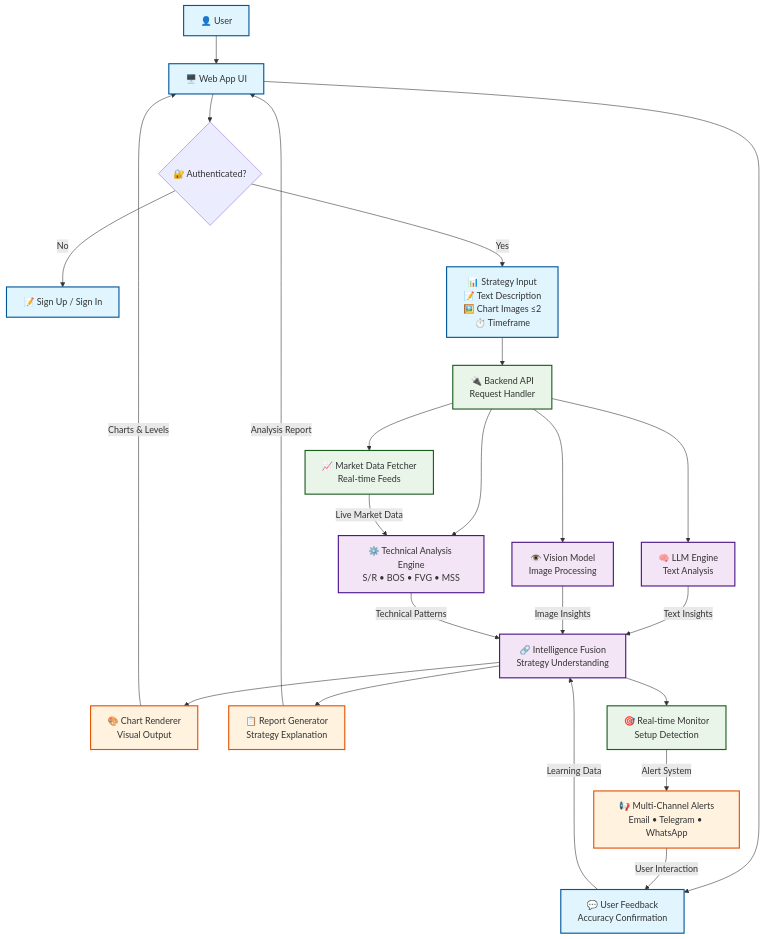
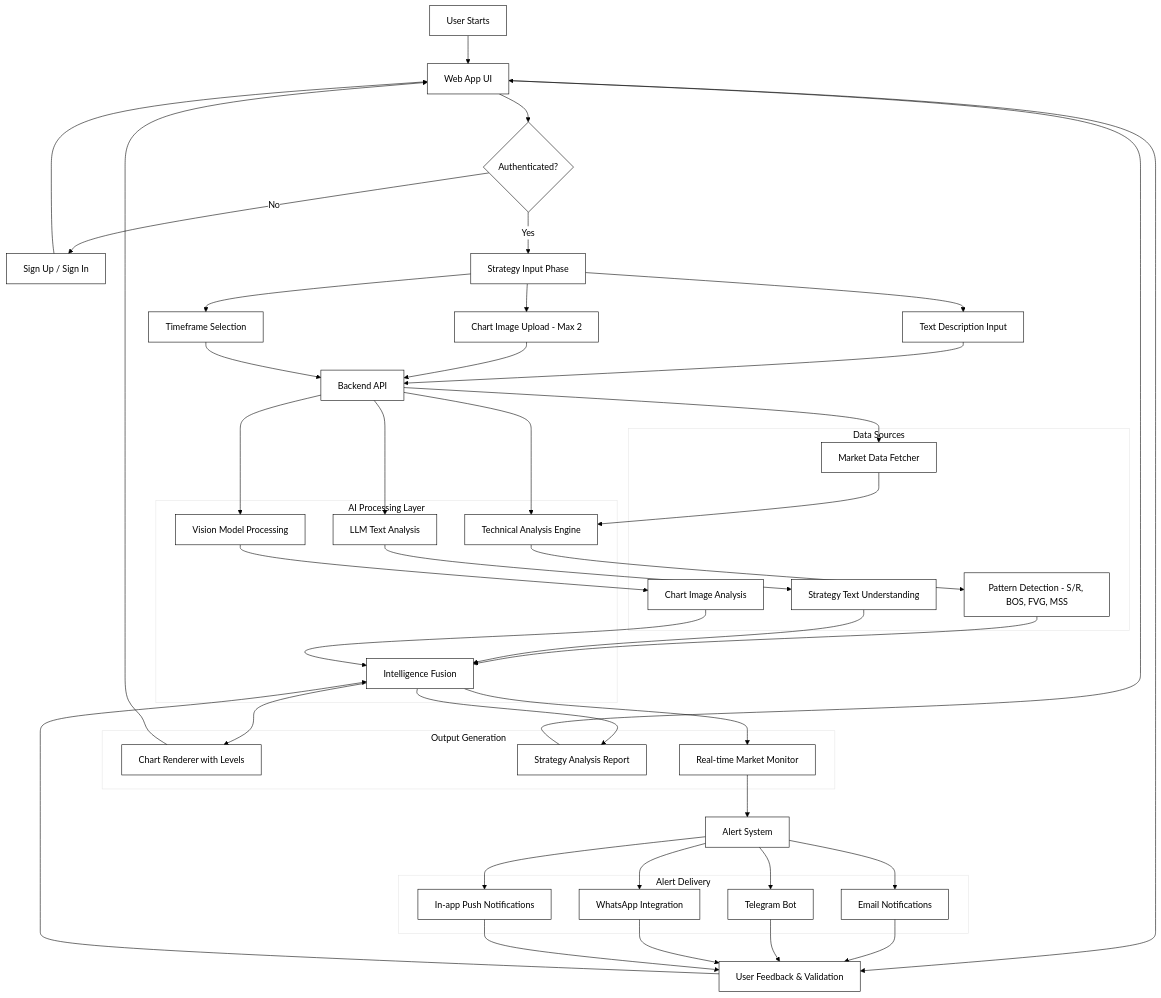
The diagram in MvpFlow.md (HademiData/AI-Trading-Asistant-Startup), drawn with Mermaid before and after one commit.

````diff
--- a/MvpFlow.md
+++ b/MvpFlow.md
@@ -1,51 +1,81 @@
 ```mermaid
-flowchart TD
-    %% User Input Layer
-    U[👤 User] --> UI[🖥️ Web App UI]
-    UI --> AUTH{🔐 Authenticated?}
-    AUTH -->|No| SSO[📝 Sign Up / Sign In]
-    AUTH -->|Yes| STRAT[📊 Strategy Input<br/>📝 Text Description<br/>🖼️ Chart Images ≤2<br/>⏱️ Timeframe]
+%%{init: {'theme':'base', 'themeVariables': { 'primaryColor': '#ffffff', 'primaryTextColor': '#000000', 'primaryBorderColor': '#000000', 'lineColor': '#000000', 'secondaryColor': '#ffffff', 'tertiaryColor': '#ffffff', 'background': '#ffffff', 'mainBkg': '#ffffff', 'secondBkg': '#ffffff', 'tertiaryBkg': '#ffffff'}}}%%
+graph TD
+    Start[User Starts] --> UI[Web App UI]
+    UI --> Auth{Authenticated?}
+    Auth -->|No| SignUp[Sign Up / Sign In]
+    Auth -->|Yes| StrategyInput[Strategy Input Phase]
     
-    %% API Gateway
-    STRAT --> API[🔌 Backend API<br/>Request Handler]
+    StrategyInput --> TextInput[Text Description Input]
+    StrategyInput --> ImageInput[Chart Image Upload - Max 2]
+    StrategyInput --> TimeframeInput[Timeframe Selection]
     
-    %% Parallel AI Processing
-    API --> DATA[📈 Market Data Fetcher<br/>Real-time Feeds]
-    API --> LLM[🧠 LLM Engine<br/>Text Analysis]
-    API --> VISION[👁️ Vision Model<br/>Image Processing]
-    API --> TA[⚙️ Technical Analysis Engine<br/>S/R • BOS • FVG • MSS]
+    TextInput --> BackendAPI[Backend API]
+    ImageInput --> BackendAPI
+    TimeframeInput --> BackendAPI
     
-    %% Data Flow
-    DATA --> |Live Market Data| TA
+    BackendAPI --> MarketData[Market Data Fetcher]
+    BackendAPI --> LLMEngine[LLM Text Analysis]
+    BackendAPI --> VisionModel[Vision Model Processing]
+    BackendAPI --> TAEngine[Technical Analysis Engine]
     
-    %% Intelligence Fusion
-    LLM --> |Text Insights| FUSE[🔗 Intelligence Fusion<br/>Strategy Understanding]
-    VISION --> |Image Insights| FUSE
-    TA --> |Technical Patterns| FUSE
+    MarketData --> TAEngine
     
-    %% Output Generation
-    FUSE --> RENDER[🎨 Chart Renderer<br/>Visual Output]
-    FUSE --> REPORT[📋 Report Generator<br/>Strategy Explanation]
-    FUSE --> MONITOR[🎯 Real-time Monitor<br/>Setup Detection]
+    TAEngine --> PatternDetection[Pattern Detection - S/R, BOS, FVG, MSS]
+    LLMEngine --> TextAnalysis[Strategy Text Understanding]
+    VisionModel --> ImageAnalysis[Chart Image Analysis]
     
-    %% User Interface Response
-    RENDER --> |Charts & Levels| UI
-    REPORT --> |Analysis Report| UI
-    MONITOR --> |Alert System| ALERTS[📢 Multi-Channel Alerts<br/>Email • Telegram • WhatsApp]
+    PatternDetection --> IntelligenceFusion[Intelligence Fusion]
+    TextAnalysis --> IntelligenceFusion
+    ImageAnalysis --> IntelligenceFusion
     
-    %% Feedback Loop
-    UI --> FB[💬 User Feedback<br/>Accuracy Confirmation]
-    FB --> |Learning Data| FUSE
-    ALERTS --> |User Interaction| FB
+    IntelligenceFusion --> ChartRenderer[Chart Renderer with Levels]
+    IntelligenceFusion --> ReportGenerator[Strategy Analysis Report]
+    IntelligenceFusion --> RealtimeMonitor[Real-time Market Monitor]
     
-    %% Styling for clarity
-    classDef userLayer fill:#e1f5fe,stroke:#01579b,stroke-width:2px
-    classDef aiLayer fill:#f3e5f5,stroke:#4a148c,stroke-width:2px
-    classDef dataLayer fill:#e8f5e8,stroke:#1b5e20,stroke-width:2px
-    classDef outputLayer fill:#fff3e0,stroke:#e65100,stroke-width:2px
+    ChartRenderer --> UI
+    ReportGenerator --> UI
+    RealtimeMonitor --> AlertSystem[Alert System]
     
-    class U,UI,SSO,STRAT,FB userLayer
-    class LLM,VISION,FUSE,TA aiLayer
-    class DATA,API,MONITOR dataLayer
-    class RENDER,REPORT,ALERTS outputLayer
+    AlertSystem --> EmailAlerts[Email Notifications]
+    AlertSystem --> TelegramAlerts[Telegram Bot]
+    AlertSystem --> WhatsAppAlerts[WhatsApp Integration]
+    AlertSystem --> PushAlerts[In-app Push Notifications]
+    
+    UI --> UserFeedback[User Feedback & Validation]
+    EmailAlerts --> UserFeedback
+    TelegramAlerts --> UserFeedback
+    WhatsAppAlerts --> UserFeedback
+    PushAlerts --> UserFeedback
+    
+    UserFeedback --> IntelligenceFusion
+    
+    SignUp --> UI
+    
+    subgraph "AI Processing Layer"
+    LLMEngine
+    VisionModel
+    TAEngine
+    IntelligenceFusion
+    end
+    
+    subgraph "Data Sources"
+    MarketData
+    PatternDetection
+    TextAnalysis
+    ImageAnalysis
+    end
+    
+    subgraph "Output Generation"
+    ChartRenderer
+    ReportGenerator
+    RealtimeMonitor
+    end
+    
+    subgraph "Alert Delivery"
+    EmailAlerts
+    TelegramAlerts
+    WhatsAppAlerts
+    PushAlerts
+    end
 ```
````
